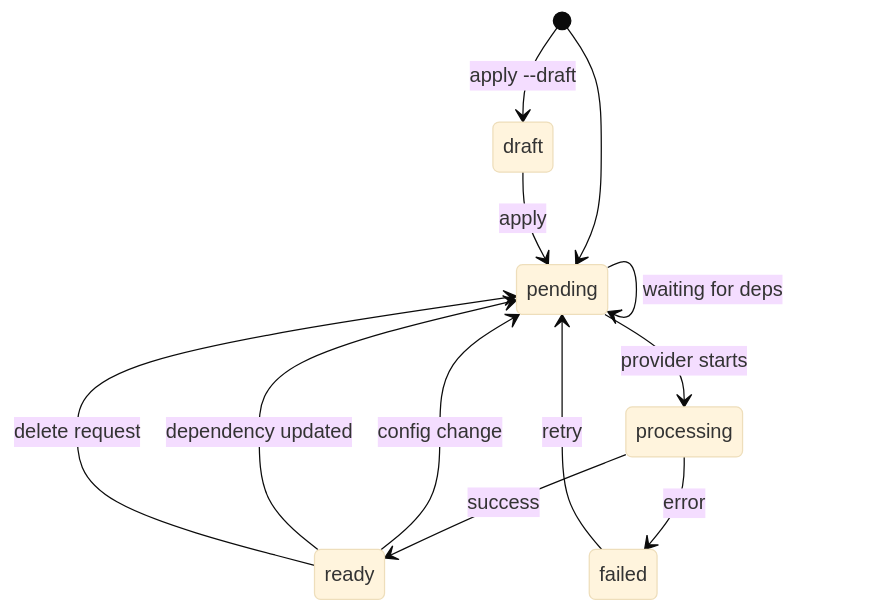
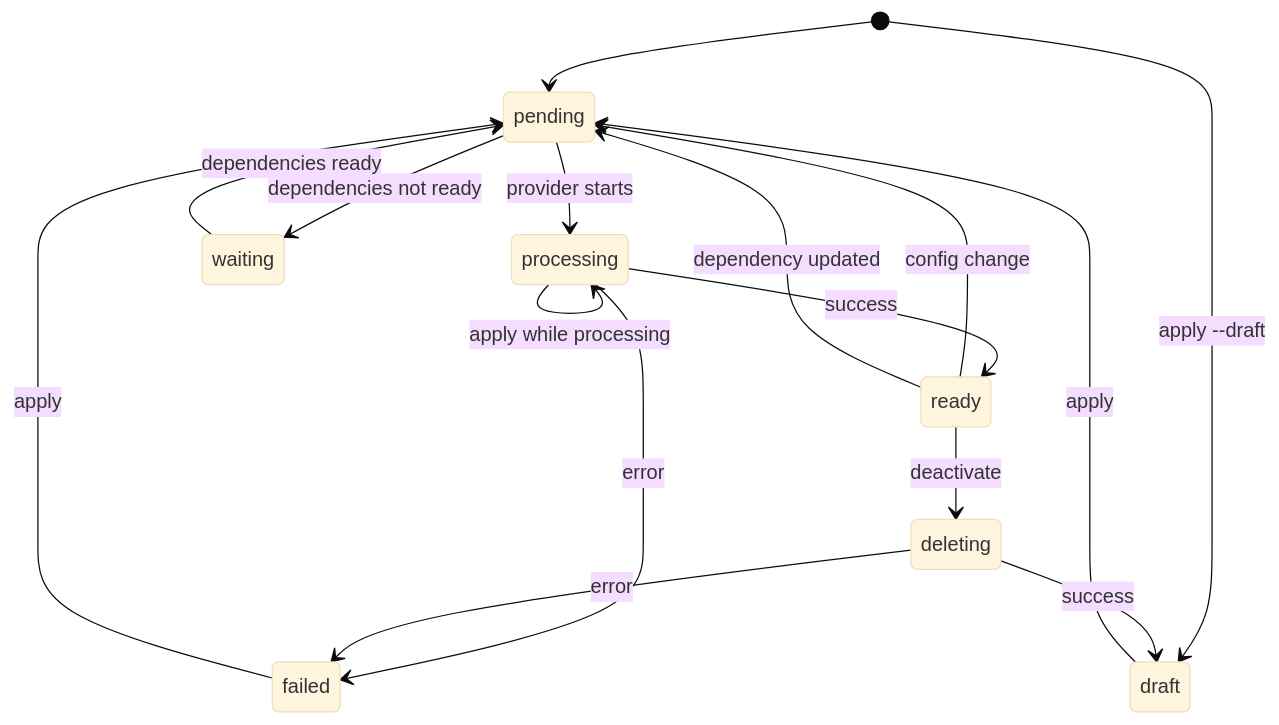
The diagram in concepts/resources.mdx (pragmatiks/pragma-docs), drawn with Mermaid (base theme) before and after one commit. The commit also changed other lines of this file and 8 other files, not shown here.

Commit message:
docs: operation deadline, queued apply, write contention and dead-letter list without retry (PRA-500)

````diff
--- a/concepts/resources.mdx
+++ b/concepts/resources.mdx
@@ -56,14 +56,18 @@
 ```mermaid
 stateDiagram-v2
     [*] --> pending
     [*] --> draft: apply --draft
     draft --> pending: apply
     pending --> processing: provider starts
-    pending --> pending: waiting for deps
+    pending --> waiting: dependencies not ready
+    waiting --> pending: dependencies ready
     processing --> ready: success
     processing --> failed: error
     ready --> pending: config change
     ready --> pending: dependency updated
-    failed --> pending: retry
-    ready --> pending: delete request
+    processing --> processing: apply while processing
+    failed --> pending: apply
+    ready --> deleting: deactivate
+    deleting --> draft: success
+    deleting --> failed: error
 ```
````
